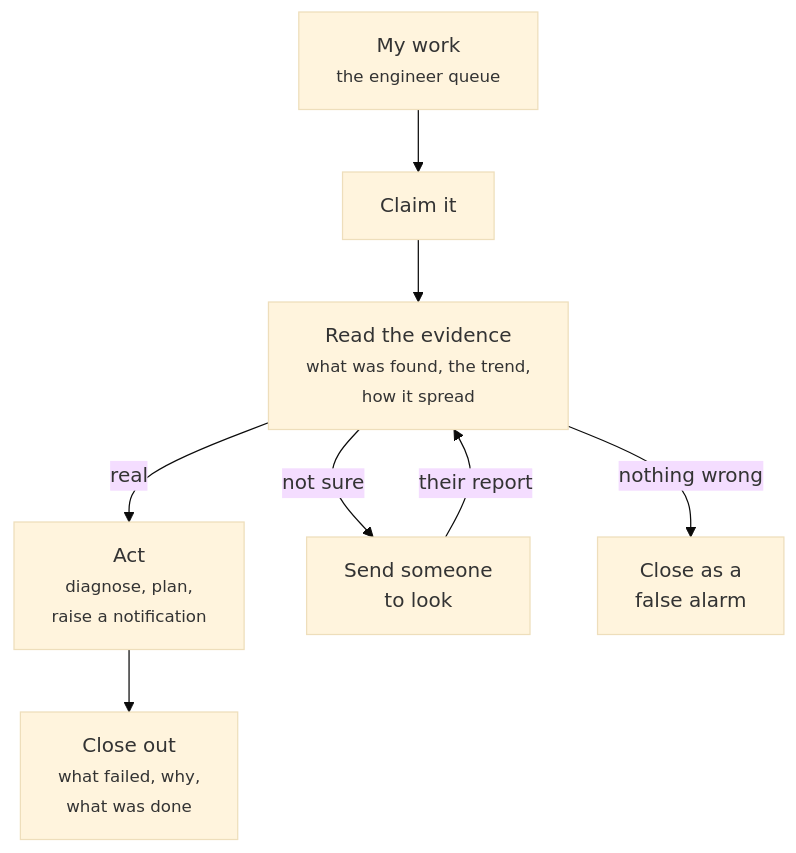
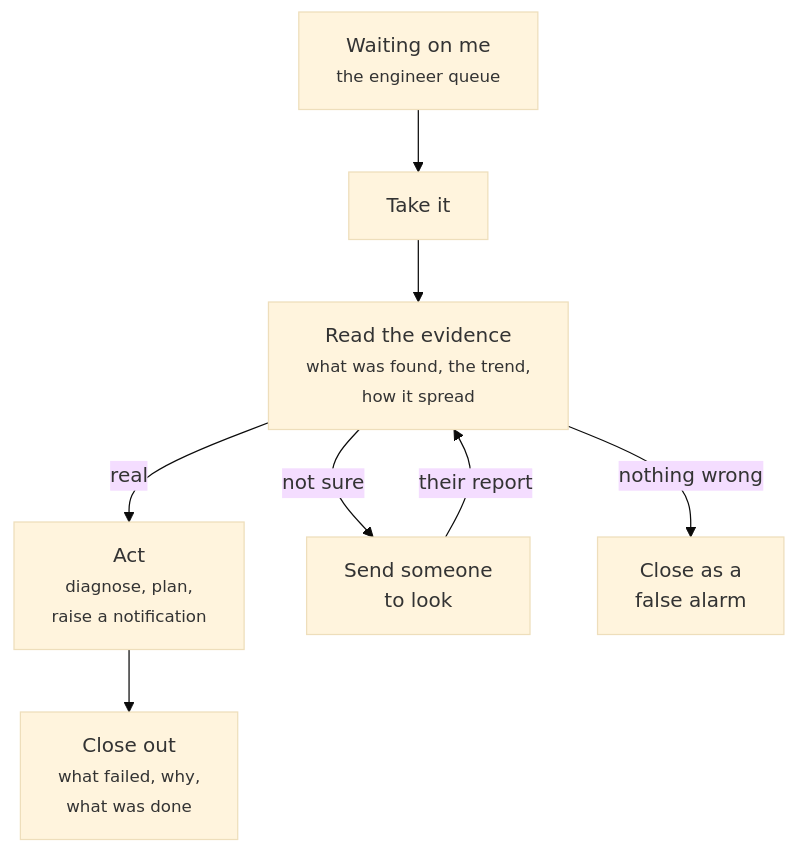
Before and after one commit to areed145/fuzer: the diagram in docs/guides/engineer.md, drawn with Mermaid (base theme). The commit also changed other lines of this file and 12 other files, not shown here.

````diff
--- a/docs/guides/engineer.md
+++ b/docs/guides/engineer.md
@@ -8,10 +8,10 @@
 ```mermaid
 flowchart TB
-  q["My work<br><small>the engineer queue</small>"] --> c["Claim it"]
+  q["Waiting on me<br><small>the engineer queue</small>"] --> c["Take it"]
   c --> r["Read the evidence<br><small>what was found, the trend,<br>how it spread</small>"]
   r -->|"real"| a["Act<br><small>diagnose, plan,<br>raise a notification</small>"]
   r -->|"not sure"| f["Send someone<br>to look"]
   r -->|"nothing wrong"| x["Close as a<br>false alarm"]
   f -->|"their report"| r
   a --> d["Close out<br><small>what failed, why,<br>what was done</small>"]
 ```
````
